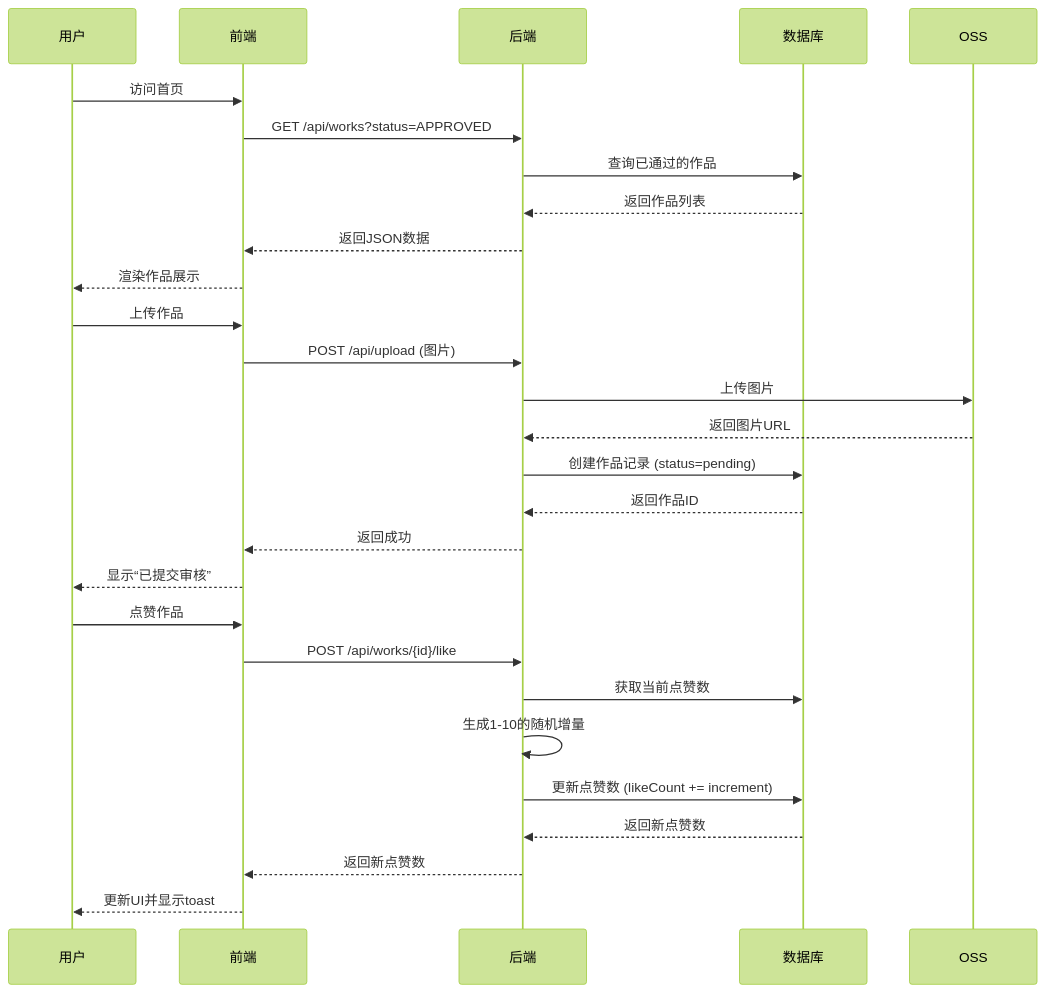
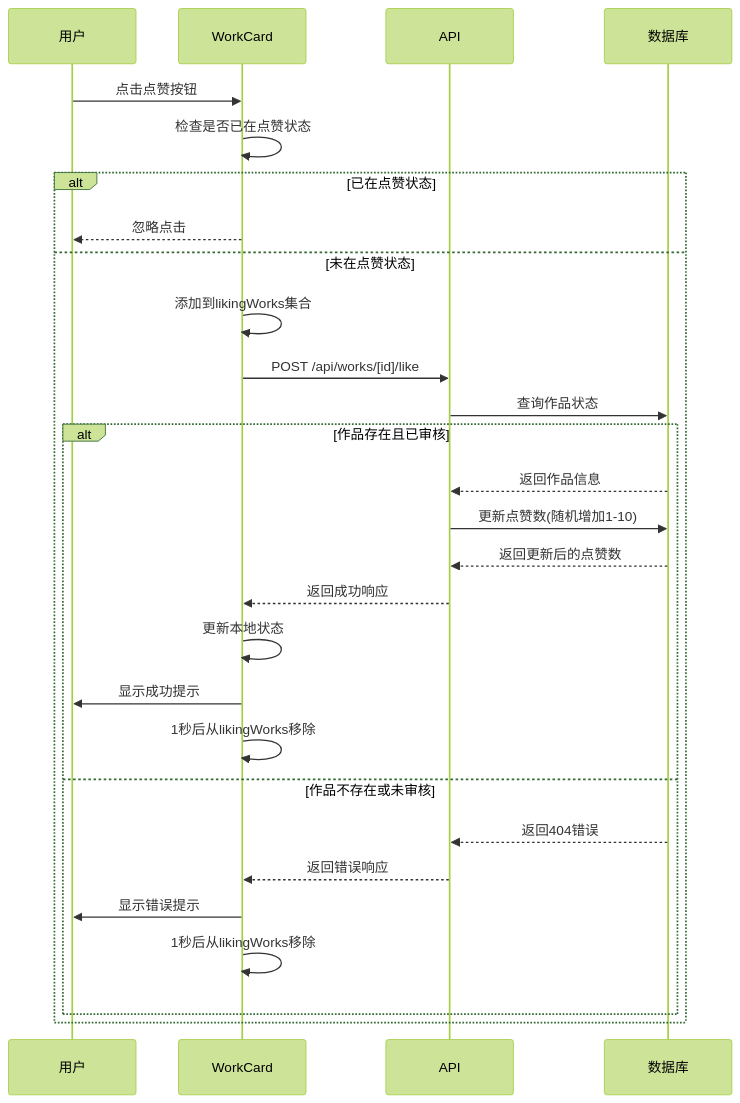
One commit to Eyre921/yunqi changed the second of 5 diagrams in .qoder/repowiki/zh/content/核心功能/核心功能.md. Above: the diagram before and after it, drawn with Mermaid (forest theme). The commit also changed other lines of this file and 24 other files, not shown here.

````diff
--- a/.qoder/repowiki/zh/content/核心功能/核心功能.md
+++ b/.qoder/repowiki/zh/content/核心功能/核心功能.md
@@ -78,30 +99,30 @@
 ```mermaid
 sequenceDiagram
 participant 用户
-participant 前端
-participant 后端
+participant WorkCard
+participant API
 participant 数据库
-participant OSS
-用户->>前端 : 访问首页
-前端->>后端 : GET /api/works?status=APPROVED
-后端->>数据库 : 查询已通过的作品
-数据库-->>后端 : 返回作品列表
-后端-->>前端 : 返回JSON数据
-前端-->>用户 : 渲染作品展示
-用户->>前端 : 上传作品
-前端->>后端 : POST /api/upload (图片)
-后端->>OSS : 上传图片
-OSS-->>后端 : 返回图片URL
-后端->>数据库 : 创建作品记录 (status=pending)
-数据库-->>后端 : 返回作品ID
-后端-->>前端 : 返回成功
-前端-->>用户 : 显示“已提交审核”
-用户->>前端 : 点赞作品
-前端->>后端 : POST /api/works/{id}/like
-后端->>数据库 : 获取当前点赞数
-后端->>后端 : 生成1-10的随机增量
-后端->>数据库 : 更新点赞数 (likeCount += increment)
-数据库-->>后端 : 返回新点赞数
-后端-->>前端 : 返回新点赞数
-前端-->>用户 : 更新UI并显示toast
+用户->>WorkCard : 点击点赞按钮
+WorkCard->>WorkCard : 检查是否已在点赞状态
+alt 已在点赞状态
+WorkCard-->>用户 : 忽略点击
+else 未在点赞状态
+WorkCard->>WorkCard : 添加到likingWorks集合
+WorkCard->>API : POST /api/works/[id]/like
+API->>数据库 : 查询作品状态
+alt 作品存在且已审核
+数据库-->>API : 返回作品信息
+API->>数据库 : 更新点赞数(随机增加1-10)
+数据库-->>API : 返回更新后的点赞数
+API-->>WorkCard : 返回成功响应
+WorkCard->>WorkCard : 更新本地状态
+WorkCard->>用户 : 显示成功提示
+WorkCard->>WorkCard : 1秒后从likingWorks移除
+else 作品不存在或未审核
+数据库-->>API : 返回404错误
+API-->>WorkCard : 返回错误响应
+WorkCard->>用户 : 显示错误提示
+WorkCard->>WorkCard : 1秒后从likingWorks移除
+end
+end
 ```
````
